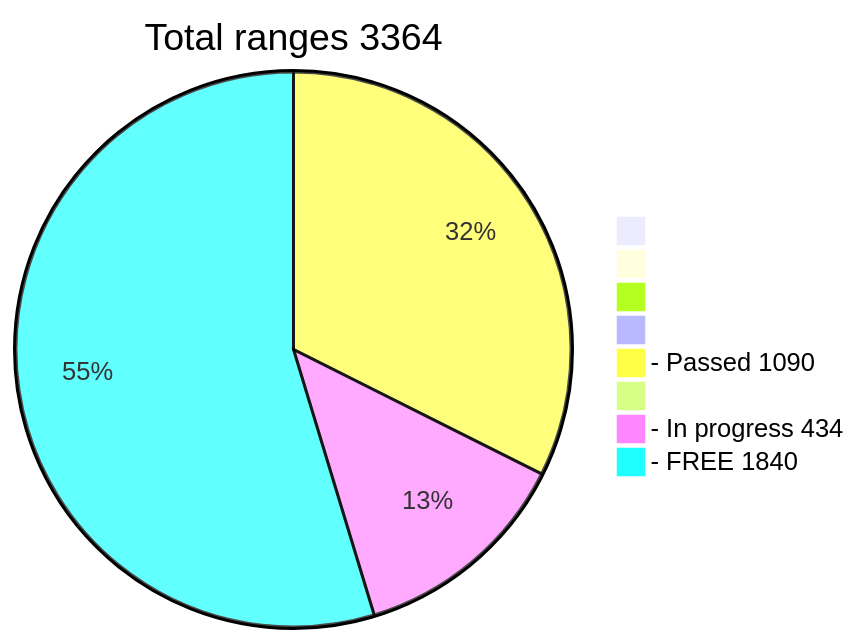
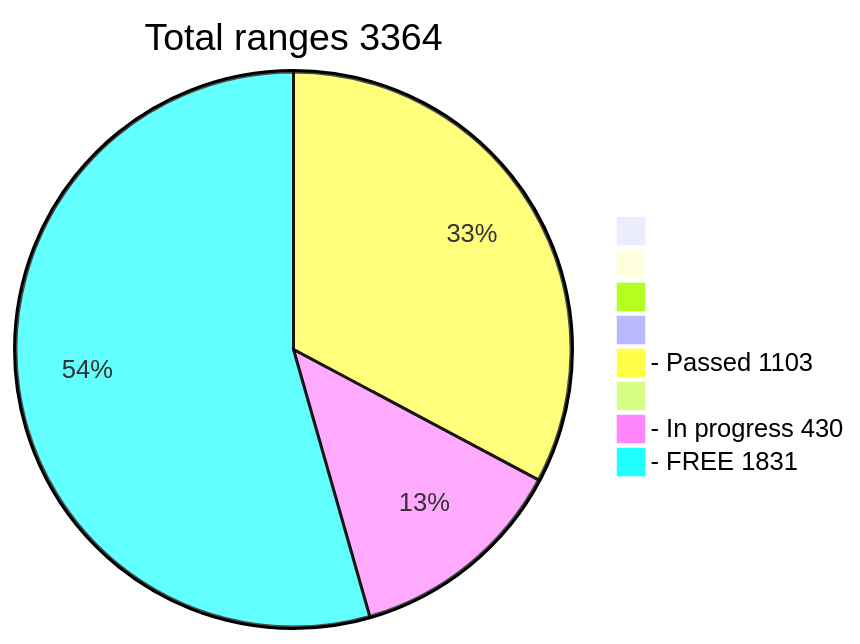
One commit to phrutis/wif500 changed the diagram in README.md. Above: the diagram before and after it, drawn with Mermaid.

````diff
--- a/README.md
+++ b/README.md
@@ -16,12 +16,12 @@
 ```mermaid
 pie title Total ranges 3364
              " " : 0
             "  " : 0
            "   " : 0
           "    " : 0
-  "- Passed 1090" : 1090
+  "- Passed 1103" : 1103
          "     " : 0
-  "- In progress 434" : 434
-   "- FREE 1840" : 1840
+  "- In progress 430" : 430
+   "- FREE 1831" : 1831
    
 ```
````
